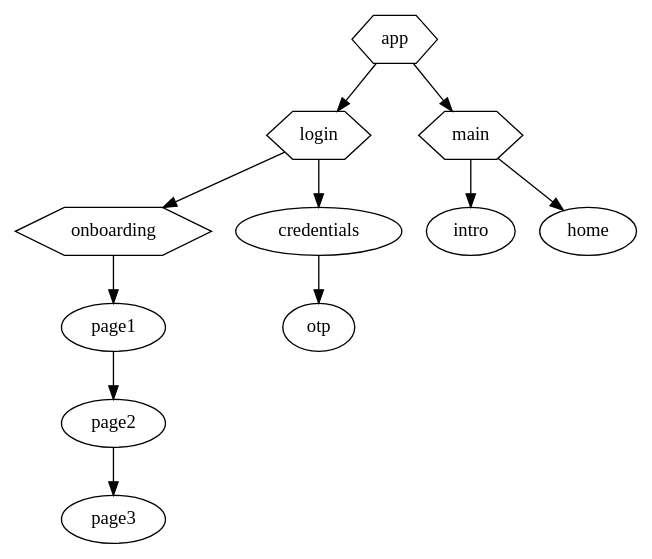
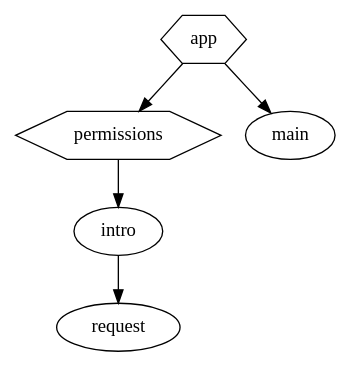
Before and after one commit to appKODE/way: the diagram in sample/src/commonMain/way/schema.dot, drawn with Graphviz. The commit also changed 6 other files, not shown here.

```diff
--- a/sample/src/commonMain/way/schema.dot
+++ b/sample/src/commonMain/way/schema.dot
@@ -1,16 +1,11 @@
 digraph SampleApp {
-  app [type = flow, shape=hexagon]
-  app -> login
+  package = "ru.kode.way.sample"
+
+  app [type = flow, shape=hexagon, resultType = "ru.kode.way.sample.app.routing.AppFlowResult"]
+  permissions [type = flow, shape=hexagon, resultType = "ru.kode.way.sample.core.routing.FlowResult"]
+  main [type = flow]
+
+  app -> permissions -> intro -> request
+
   app -> main
-
-  login [type = flow, shape=hexagon]
-  login -> onboarding
-  login -> credentials -> otp
-
-  onboarding [type = flow, shape=hexagon]
-  onboarding -> page1 -> page2 -> page3
-
-  main [type = flow, shape=hexagon]
-  main -> intro
-  main -> home
 }
```
